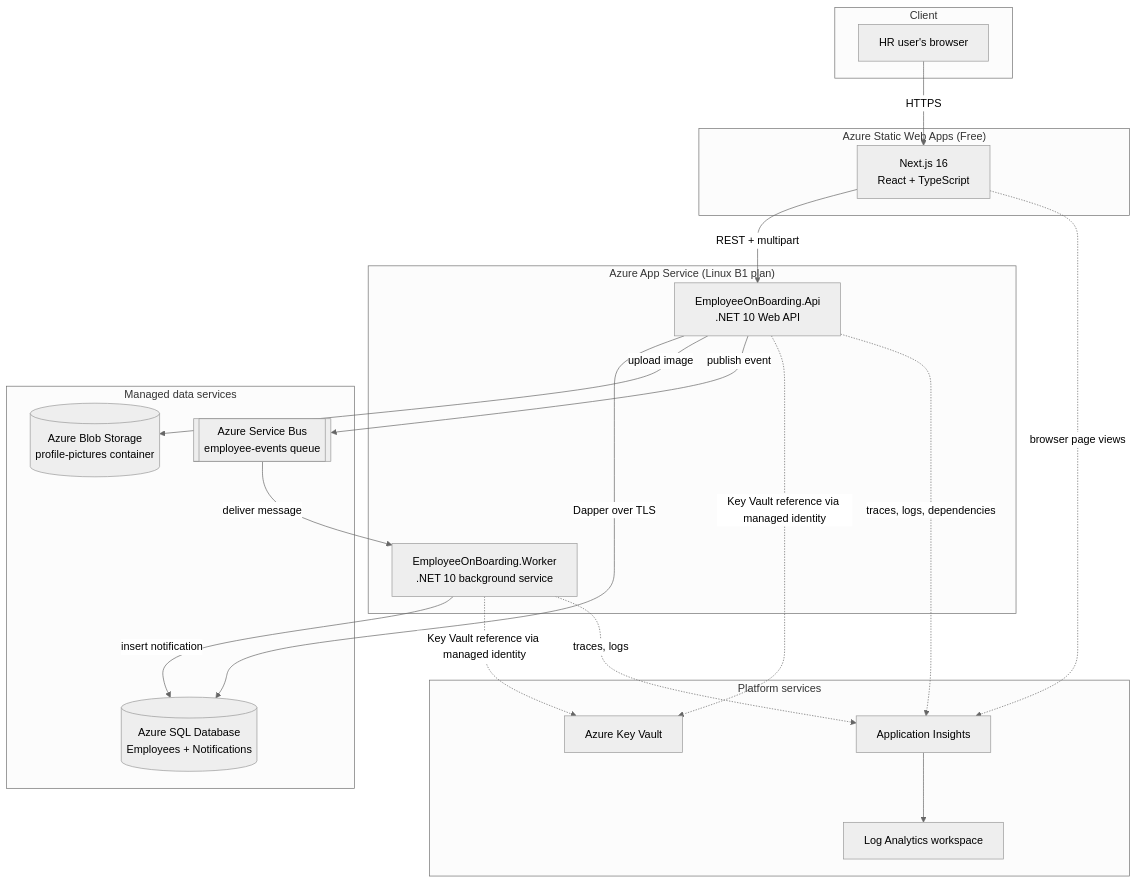
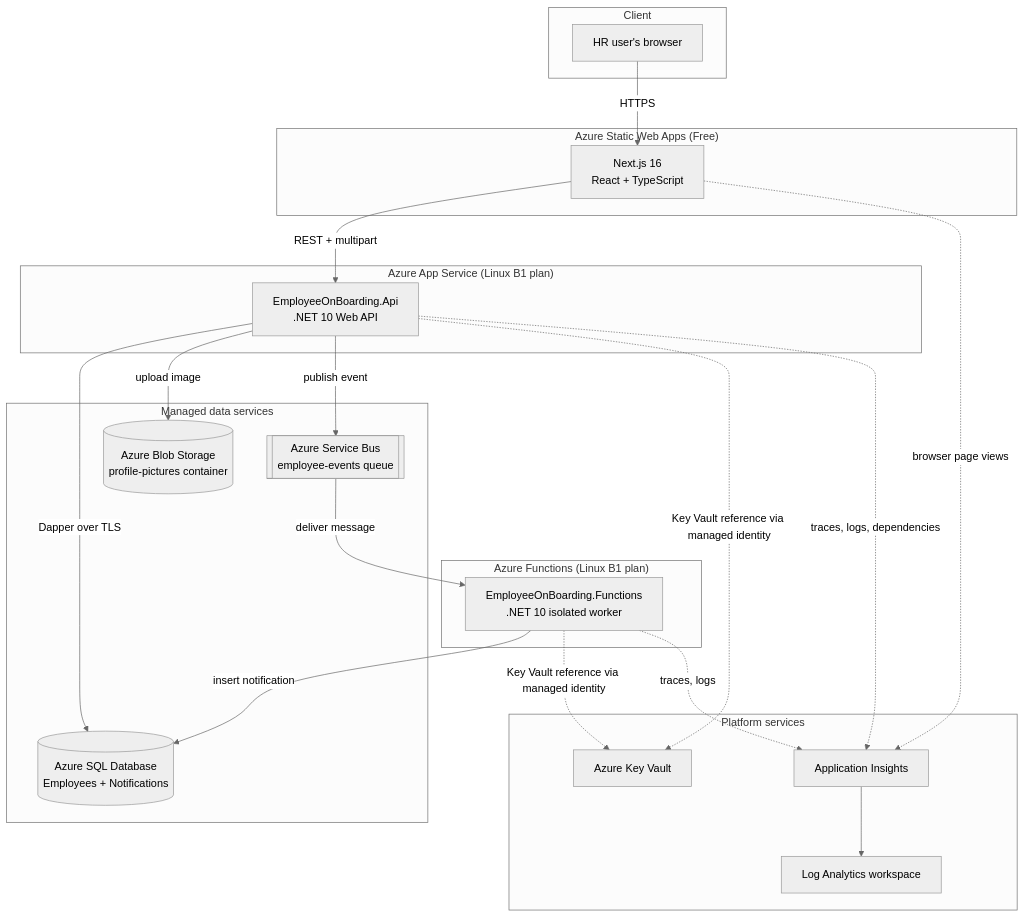
Before and after one commit to JDSRAO/EmployeeOnBoarding: the first of 2 diagrams in docs/architecture.md, drawn with Mermaid (neutral theme). The commit also changed other lines of this file and 32 other files, not shown here.

````diff
--- a/docs/architecture.md
+++ b/docs/architecture.md
@@ -16,41 +16,44 @@
 ```mermaid
 flowchart TB
     subgraph Client
         Browser[HR user's browser]
     end
 
     subgraph Frontend["Azure Static Web Apps (Free)"]
         Next[Next.js 16<br/>React + TypeScript]
     end
 
     subgraph AppService["Azure App Service (Linux B1 plan)"]
         API[EmployeeOnBoarding.Api<br/>.NET 10 Web API]
-        Worker[EmployeeOnBoarding.Worker<br/>.NET 10 background service]
+    end
+
+    subgraph Functions["Azure Functions (Linux B1 plan)"]
+        Function[EmployeeOnBoarding.Functions<br/>.NET 10 isolated worker]
     end
 
     subgraph Data["Managed data services"]
         SQL[(Azure SQL Database<br/>Employees + Notifications)]
         Blob[(Azure Blob Storage<br/>profile-pictures container)]
         SB[[Azure Service Bus<br/>employee-events queue]]
     end
 
     subgraph Platform["Platform services"]
         KV[Azure Key Vault]
         AI[Application Insights]
         LA[Log Analytics workspace]
     end
 
     Browser -->|HTTPS| Next
     Next -->|REST + multipart| API
     API -->|Dapper over TLS| SQL
     API -->|upload image| Blob
     API -->|publish event| SB
-    SB -->|deliver message| Worker
-    Worker -->|insert notification| SQL
+    SB -->|deliver message| Function
+    Function -->|insert notification| SQL
     API -.->|Key Vault reference via managed identity| KV
-    Worker -.->|Key Vault reference via managed identity| KV
+    Function -.->|Key Vault reference via managed identity| KV
     API -.->|traces, logs, dependencies| AI
-    Worker -.->|traces, logs| AI
+    Function -.->|traces, logs| AI
     Next -.->|browser page views| AI
     AI --> LA
 ```
````
